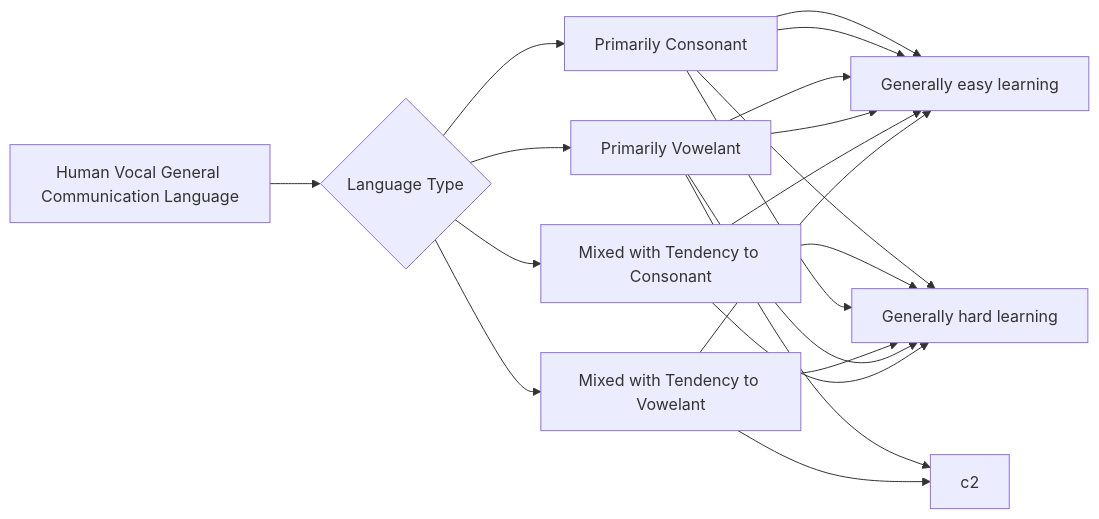
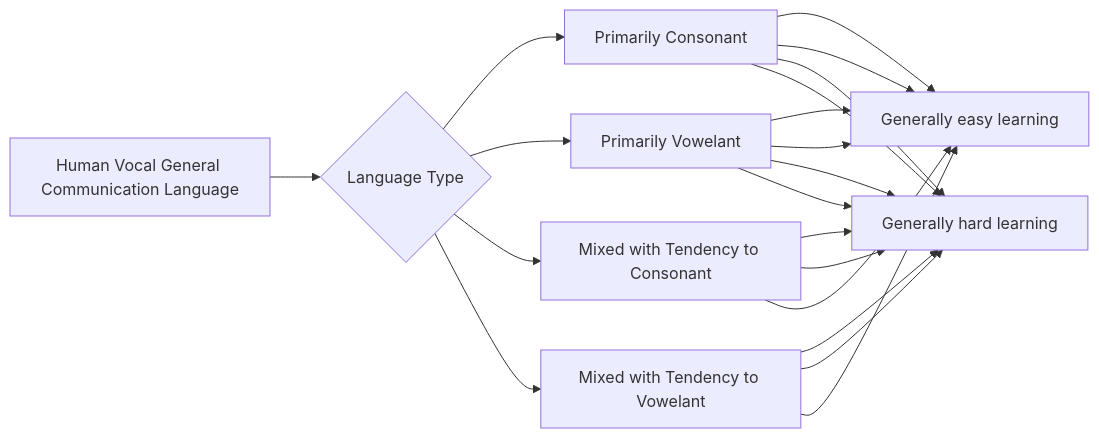
One commit to bendqh1/mermaid changed the diagram in general_communication_languages_categorization_for_learning.md. Above: the diagram before and after it, drawn with Mermaid.

````diff
--- a/general_communication_languages_categorization_for_learning.md
+++ b/general_communication_languages_categorization_for_learning.md
@@ -14,20 +14,20 @@
 ```mermaid
 flowchart LR
 
   A[Human Vocal General Communication Language] --> B{Language Type}
   B --> B1[Primarily Consonant]
   B --> B2[Primarily Vowelant]
   B --> B3[Mixed with Tendency to Consonant]
   B --> B4[Mixed with Tendency to Vowelant]
 
   C1[Generally easy learning]
   C2[Generally hard learning]
   
   B1 & B1 --> C1
   B2 & B2 --> C1
   B1 & B3 --> C2
   B1 & B4 --> C2
   B2 & B3 --> C2
-  B2 & B4 --> c2
+  B2 & B4 --> C2
   B3 & B4 --> C1
 ```
````
